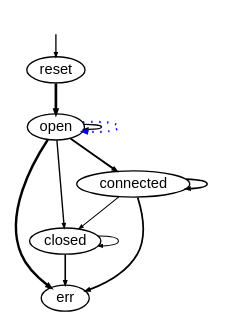
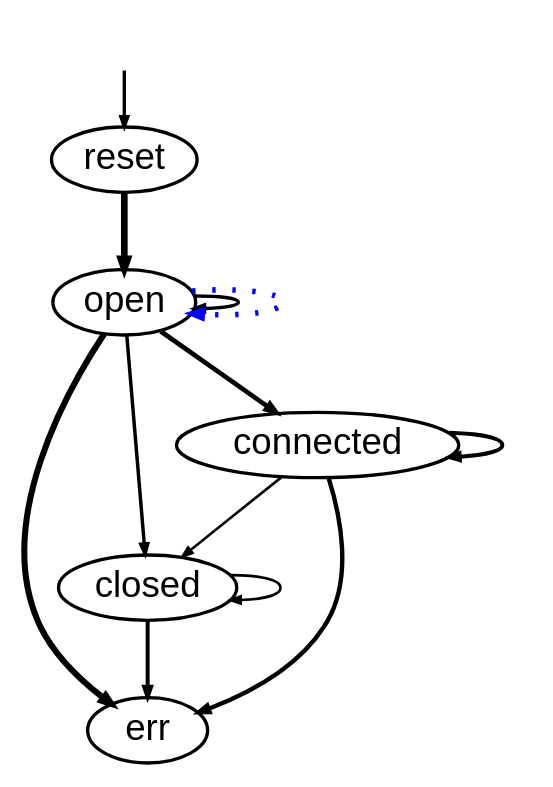
Before and after one commit to cyrille-artho/modbat: the diagram in log/nio-path-state-20.dot, drawn with Graphviz. The commit also changed 7 other files, not shown here.

```diff
--- a/log/nio-path-state-20.dot
+++ b/log/nio-path-state-20.dot
@@ -1,9 +1,9 @@
 digraph model {
   orientation = portrait;
-  graph [ rankdir = "TB", ranksep="0.08", nodesep="0.18" ];
+  graph [ rankdir = "TB", ranksep="0.08", nodesep="0.18", size="8!" ];
   node [ fontname = "Helvetica", fontsize="11.0", shape="ellipse", margin="0.01", height="0.1", width="0.5" ];
   edge [ fontname = "Helvetica", arrowsize=".3", arrowhead="normal", fontsize="6.0", margin="0.05" ];
 None [shape=none, style=invis, width=0.1, height=0.1];
 None->reset;
 {rank = source; None}
 reset->open[penwidth="2.0043213737826426",label = " "];open->err[penwidth="1.8195439355418688",label = " "];open->open[penwidth="1.0413926851582251",label = " "];open->closed[penwidth="1.0413926851582251",label = " "];closed->err[penwidth="1.2041199826559248",label = " "];closed->closed[penwidth="0.7781512503836436",label = " "];open->open[style=dotted, color=blue,penwidth="1.662757831681574",label = " "];open->connected[penwidth="1.414973347970818",label = " "];connected->connected[penwidth="1.2041199826559248",label = " "];connected->err[penwidth="1.3222192947339193",label = " "];connected->closed[penwidth="0.7781512503836436",label = " "];}
```
